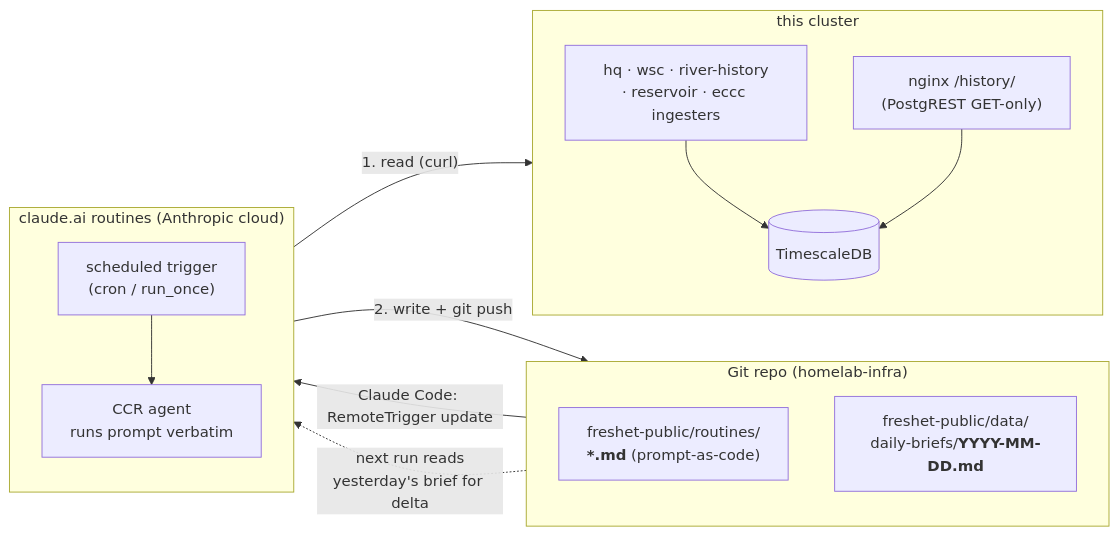
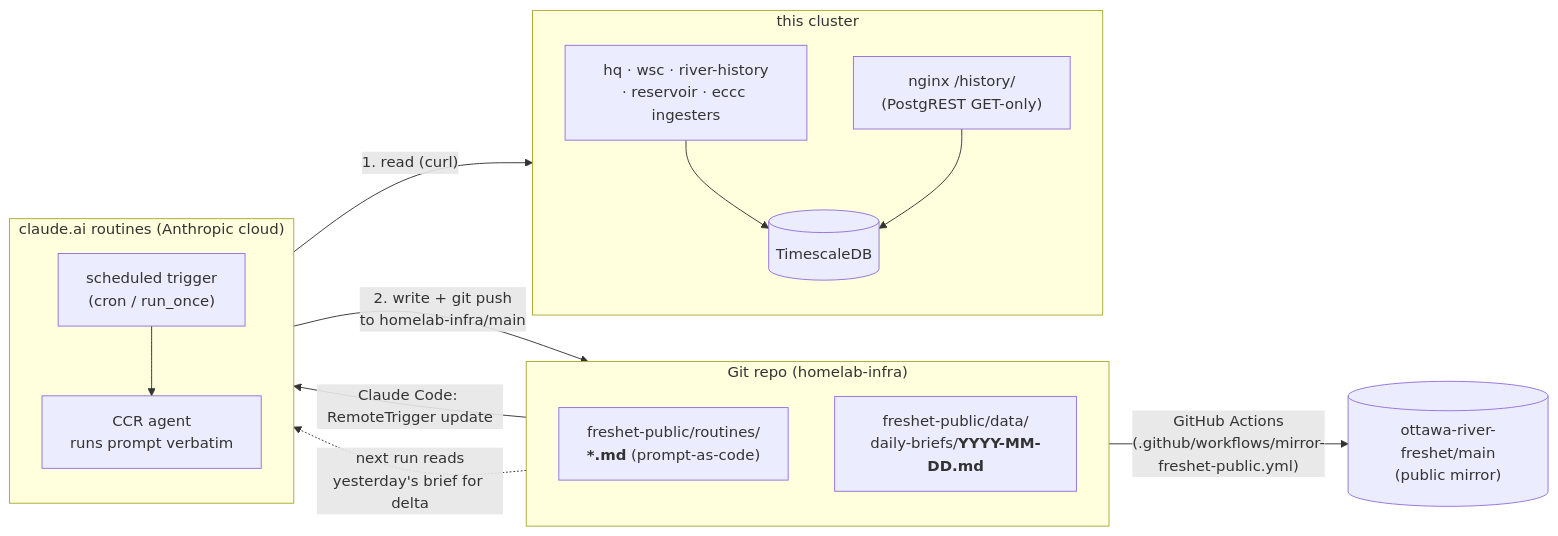
Before and after one commit to aachtenberg/ottawa-river-freshet: the diagram in docs/architecture.md, drawn with Mermaid. The commit also changed other lines of this file and 2 other files, not shown here.

First line of the commit message:
docs(freshet/routines): drop subtree-push step now that CI handles mirroring

````diff
--- a/docs/architecture.md
+++ b/docs/architecture.md
@@ -238,29 +238,30 @@
 ```mermaid
 flowchart LR
     subgraph repo["Git repo (homelab-infra)"]
         direction TB
         prompts["freshet-public/routines/<br/><b>*.md</b> (prompt-as-code)"]
         artifacts["freshet-public/data/<br/>daily-briefs/<b>YYYY-MM-DD.md</b>"]
     end
 
     subgraph claudeai["claude.ai routines (Anthropic cloud)"]
         direction TB
         sched["scheduled trigger<br/>(cron / run_once)"]
         agent["CCR agent<br/>runs prompt verbatim"]
         sched --> agent
     end
 
     subgraph cluster["this cluster"]
         direction TB
         proxy["nginx /history/<br/>(PostgREST GET-only)"]
         db[(TimescaleDB)]
         ingesters["hq · wsc · river-history<br/>· reservoir · eccc ingesters"]
         ingesters --> db
         proxy --> db
     end
 
     prompts -- "Claude Code: RemoteTrigger update" --> sched
     agent -- "1. read (curl)" --> proxy
-    agent -- "2. write + git push" --> artifacts
+    agent -- "2. write + git push<br/>to homelab-infra/main" --> artifacts
+    artifacts -- "GitHub Actions<br/>(.github/workflows/mirror-freshet-public.yml)" --> mirror[("ottawa-river-freshet/main<br/>(public mirror)")]
     artifacts -. "next run reads<br/>yesterday's brief for delta" .-> agent
 ```
````
